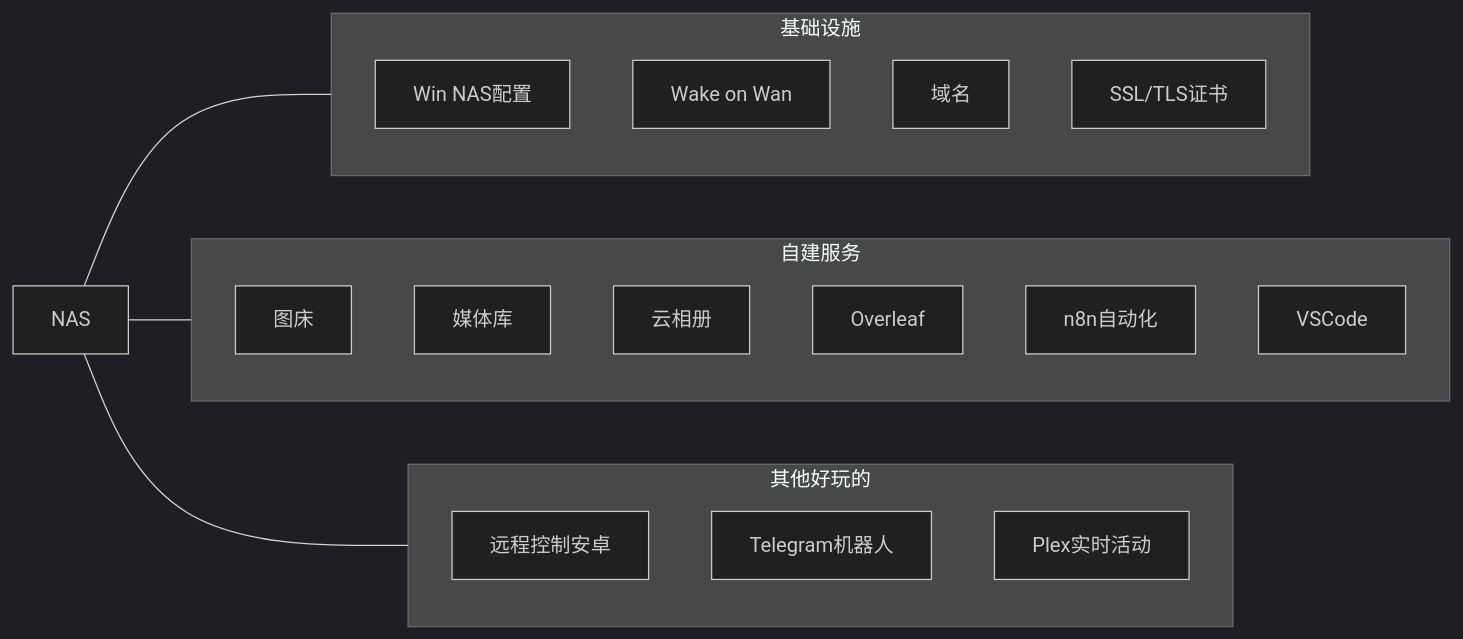
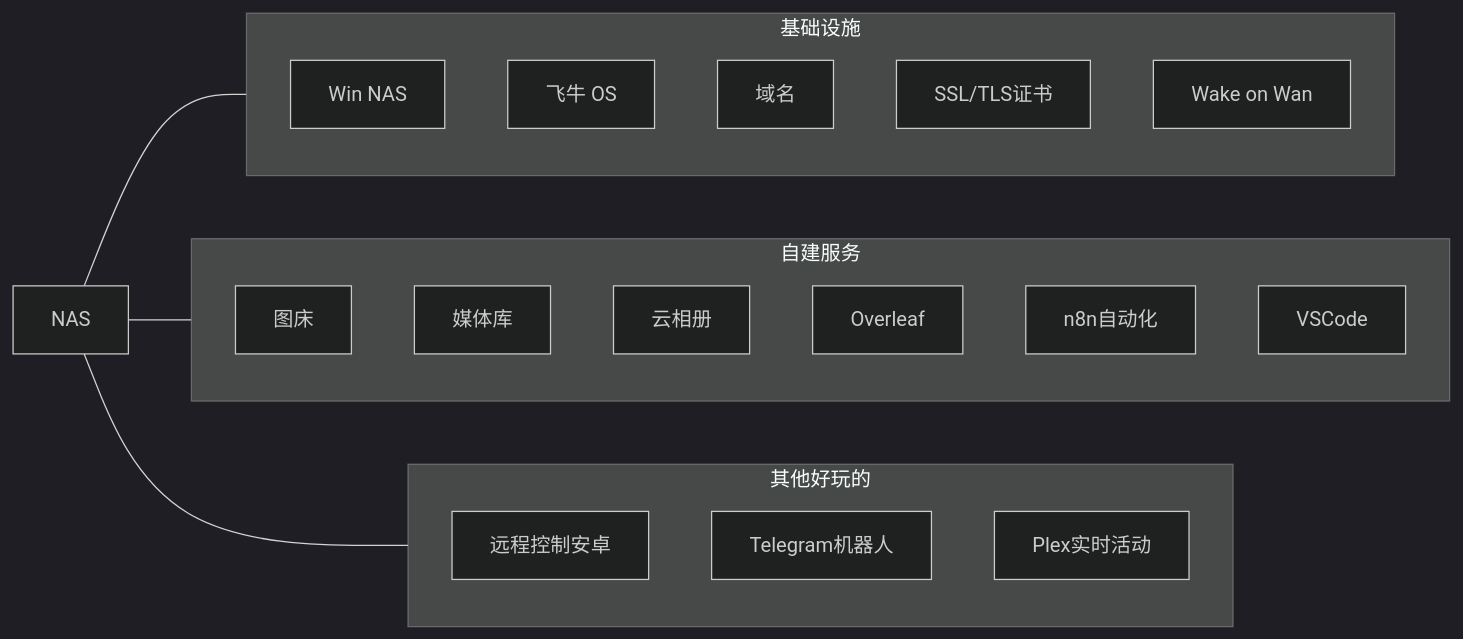
The diagram in docs/Note/NAS/index.md (AIboy996/AIboy996.GitHub.io), drawn with Mermaid (dark theme) before and after one commit. The commit also changed other lines of this file and 1 other file, not shown here.

Commit message:
[add] fnnas

````diff
--- a/docs/Note/NAS/index.md
+++ b/docs/Note/NAS/index.md
@@ -13,36 +13,38 @@
 ```mermaid
 graph LR
 NAS --- 基础设施 & 自建服务 & 其他好玩的
 subgraph 基础设施
-wnas[Win NAS配置]
-wow[Wake on Wan]
-域名
-tls[SSL/TLS证书]
+    wnas[Win NAS]
+    Fnnas[飞牛 OS]
+    域名
+    tls[SSL/TLS证书]
+    wow[Wake on Wan]
 end
 subgraph 自建服务
-图床
-媒体库
-云相册
-Overleaf
-n8n自动化
-VSCode
+    图床
+    媒体库
+    云相册
+    Overleaf
+    n8n自动化
+    VSCode
 end
 subgraph 其他好玩的
-远程控制安卓
-Telegram机器人
-Plex实时活动
+    远程控制安卓
+    Telegram机器人
+    Plex实时活动
 end
 click Overleaf "./self-hosted-overleaf/"
 click wnas "./windows/"
 click wow "./wol/"
 click 域名 "./domain/"
 click tls "./https/"
 click 图床 "./oss/"
 click 媒体库 "./media/"
 click 云相册 "./pohtoprism/"
 click n8n自动化 "./nodemation/"
 click VSCode "./code-server/"
 click 远程控制安卓 "./scrcpy/"
 click Telegram机器人 "./tg-bot/"
 click Plex实时活动 "./tautulli/"
+click Fnnas "./fnnas"
 ```
````
